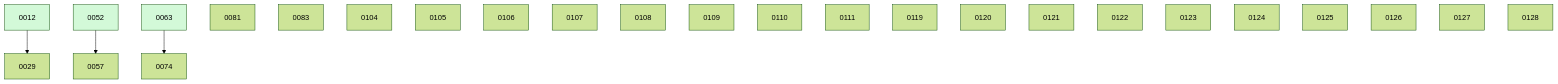
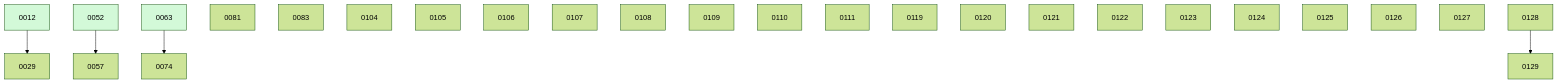
The diagram in docs/changes/BOARD.md (ethanhinson/fuse), drawn with Mermaid (forest theme) before and after one commit. The commit also changed other lines of this file and 1 other file, not shown here.

````diff
--- a/docs/changes/BOARD.md
+++ b/docs/changes/BOARD.md
@@ -48,30 +49,31 @@
 ```mermaid
 graph TD
   0012 --> 0029
   0052 --> 0057
   0063 --> 0074
   0081
   0083
   0104
   0105
   0106
   0107
   0108
   0109
   0110
   0111
   0119
   0120
   0121
   0122
   0123
   0124
   0125
   0126
   0127
   0128
+  0128 --> 0129
   0012:::done
   0052:::done
   0063:::done
   classDef done fill:#d3f9d8;
 ```
````
